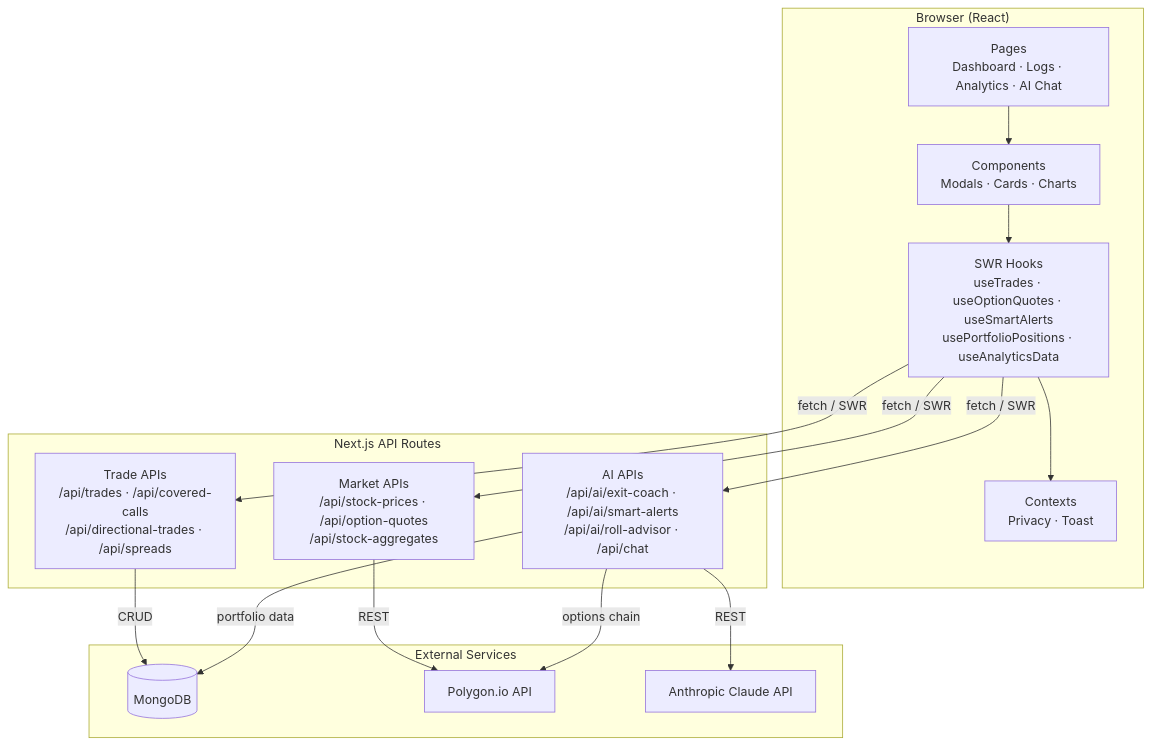
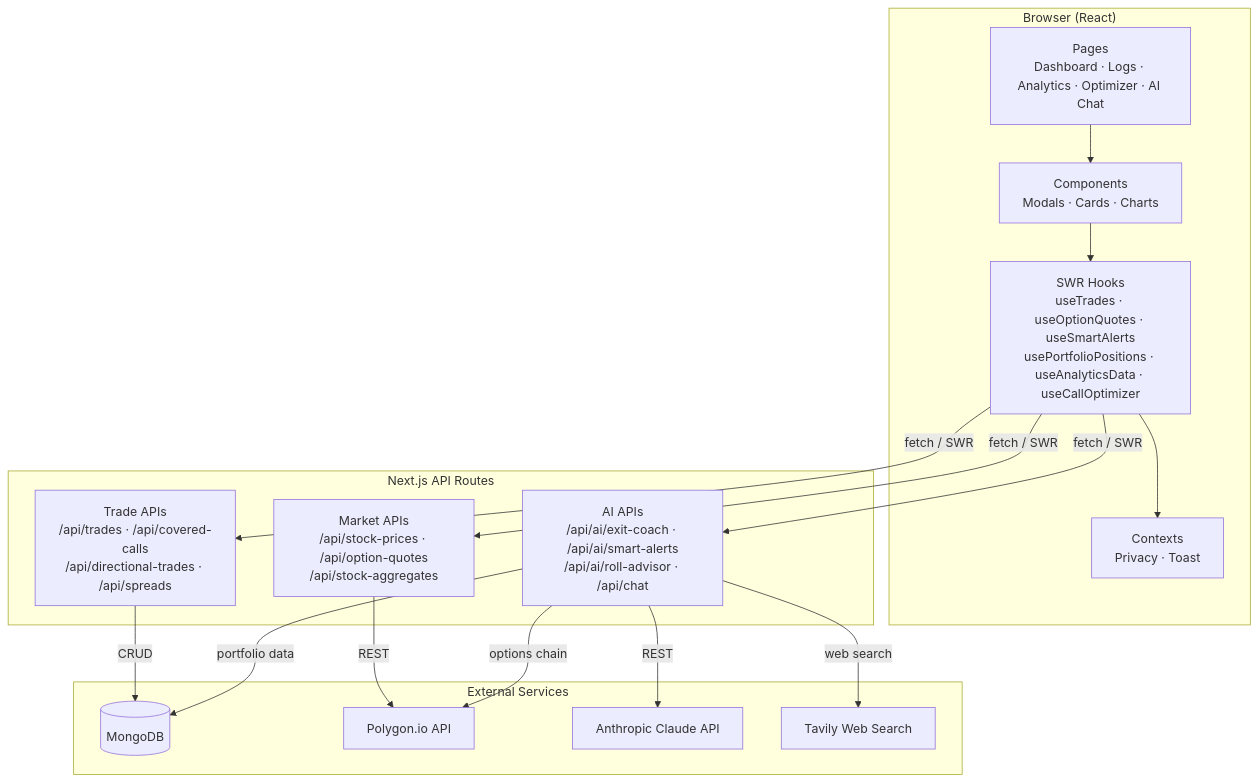
Before and after one commit to OptiTrade-AI/trading-dashboard: the first of 9 diagrams in docs/architecture.md, drawn with Mermaid. The commit also changed other lines of this file and 36 other files, not shown here.

First line of the commit message:
Add covered call optimizer with AI agent, trace viewer, and recovery analysis

````diff
--- a/docs/architecture.md
+++ b/docs/architecture.md
@@ -9,33 +9,35 @@
 ```mermaid
 graph TB
     subgraph Client["Browser (React)"]
-        Pages["Pages<br/>Dashboard · Logs · Analytics · AI Chat"]
+        Pages["Pages<br/>Dashboard · Logs · Analytics · Optimizer · AI Chat"]
         Components["Components<br/>Modals · Cards · Charts"]
-        Hooks["SWR Hooks<br/>useTrades · useOptionQuotes · useSmartAlerts<br/>usePortfolioPositions · useAnalyticsData"]
+        Hooks["SWR Hooks<br/>useTrades · useOptionQuotes · useSmartAlerts<br/>usePortfolioPositions · useAnalyticsData · useCallOptimizer"]
         Contexts["Contexts<br/>Privacy · Toast"]
     end
 
     subgraph Server["Next.js API Routes"]
         TradeAPI["Trade APIs<br/>/api/trades · /api/covered-calls<br/>/api/directional-trades · /api/spreads"]
         MarketAPI["Market APIs<br/>/api/stock-prices · /api/option-quotes<br/>/api/stock-aggregates"]
         AIAPI["AI APIs<br/>/api/ai/exit-coach · /api/ai/smart-alerts<br/>/api/ai/roll-advisor · /api/chat"]
     end
 
     subgraph External["External Services"]
         MongoDB[(MongoDB)]
         Polygon["Polygon.io API"]
         Anthropic["Anthropic Claude API"]
+        Tavily["Tavily Web Search"]
     end
 
     Pages --> Components
     Components --> Hooks
     Hooks --> Contexts
     Hooks -->|fetch / SWR| TradeAPI
     Hooks -->|fetch / SWR| MarketAPI
     Hooks -->|fetch / SWR| AIAPI
     TradeAPI -->|CRUD| MongoDB
     MarketAPI -->|REST| Polygon
     AIAPI -->|REST| Anthropic
     AIAPI -->|portfolio data| MongoDB
     AIAPI -->|options chain| Polygon
+    AIAPI -->|web search| Tavily
 ```
````
